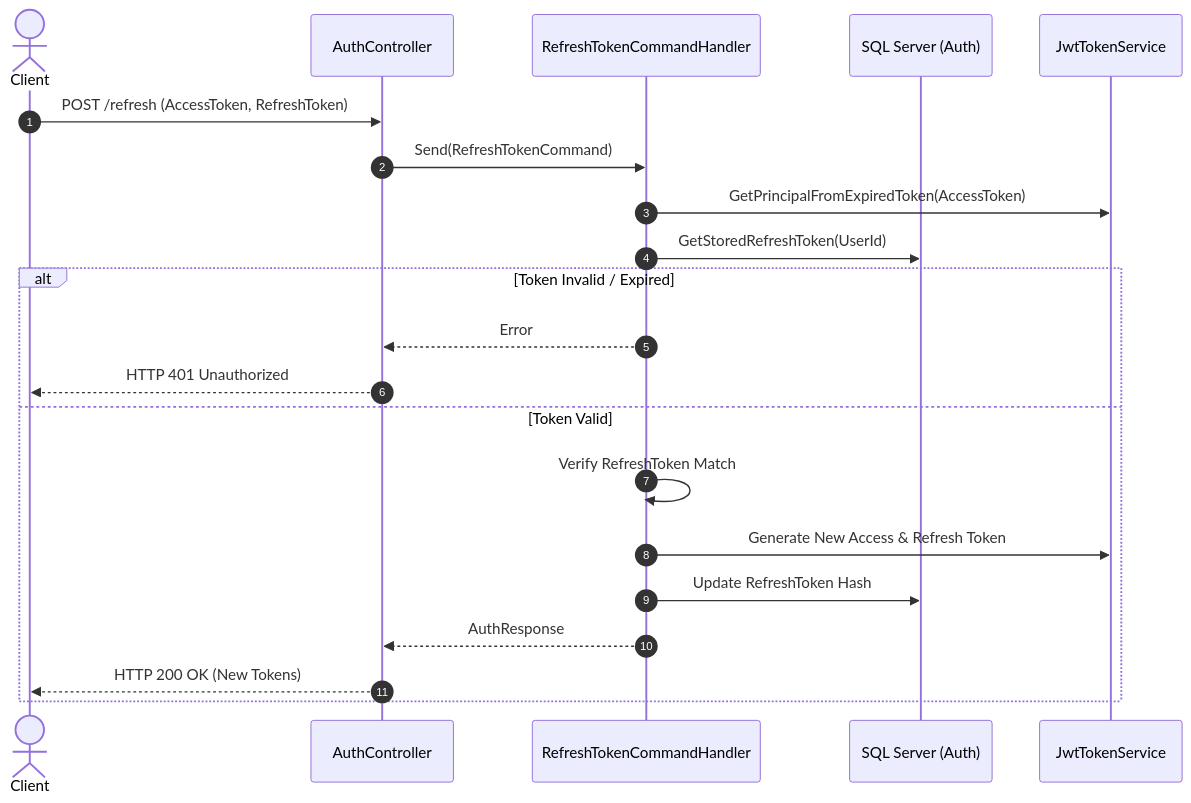
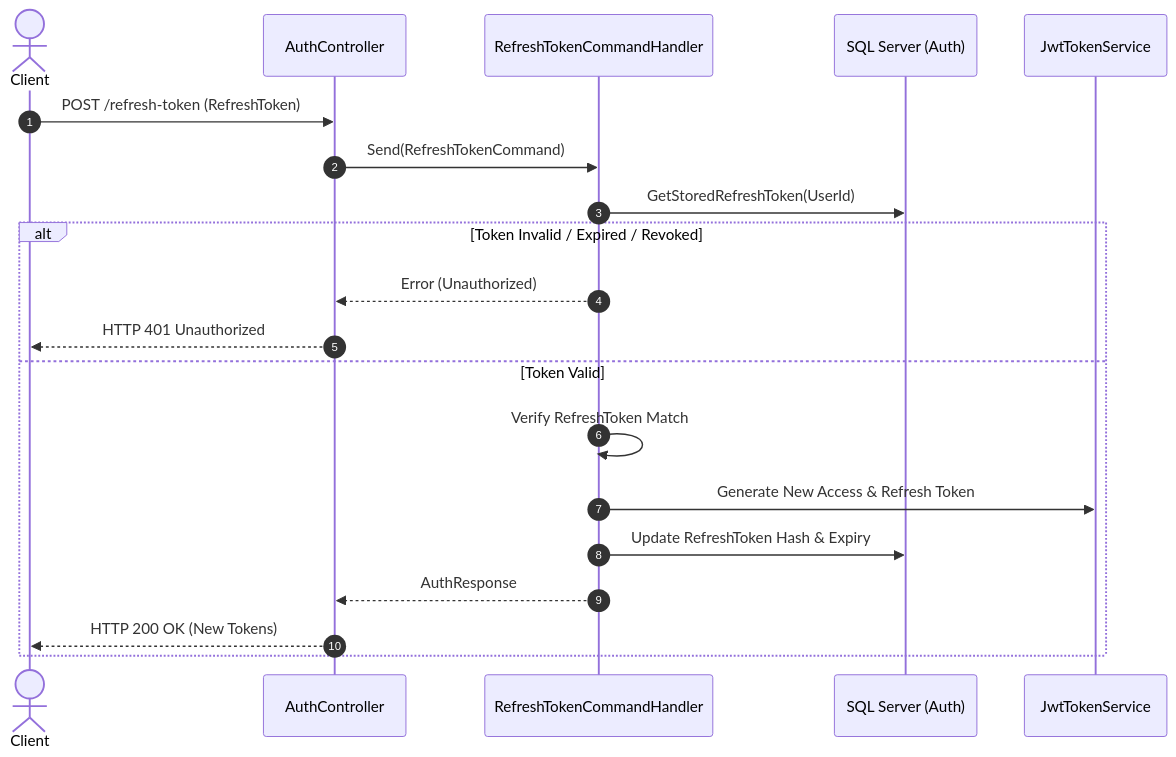
One commit to odealidj/minione-edcl-net changed the third of 8 diagrams in docs/architecture/api-sequence-diagrams.md. Above: the diagram before and after it, drawn with Mermaid. The commit also changed other lines of this file and 15 other files, not shown here.

````diff
--- a/docs/architecture/api-sequence-diagrams.md
+++ b/docs/architecture/api-sequence-diagrams.md
@@ -118,25 +122,24 @@
 ```mermaid
 sequenceDiagram
     autonumber
     actor Client
     participant Ctrl as AuthController
     participant Hndl as RefreshTokenCommandHandler
     participant DB as SQL Server (Auth)
     participant Jwt as JwtTokenService
 
-    Client->>Ctrl: POST /refresh (AccessToken, RefreshToken)
+    Client->>Ctrl: POST /refresh-token (RefreshToken)
     Ctrl->>Hndl: Send(RefreshTokenCommand)
-    Hndl->>Jwt: GetPrincipalFromExpiredToken(AccessToken)
     Hndl->>DB: GetStoredRefreshToken(UserId)
     
-    alt Token Invalid / Expired
-        Hndl-->>Ctrl: Error
+    alt Token Invalid / Expired / Revoked
+        Hndl-->>Ctrl: Error (Unauthorized)
         Ctrl-->>Client: HTTP 401 Unauthorized
     else Token Valid
         Hndl->>Hndl: Verify RefreshToken Match
         Hndl->>Jwt: Generate New Access & Refresh Token
-        Hndl->>DB: Update RefreshToken Hash
+        Hndl->>DB: Update RefreshToken Hash & Expiry
         Hndl-->>Ctrl: AuthResponse
         Ctrl-->>Client: HTTP 200 OK (New Tokens)
     end
 ```
````
